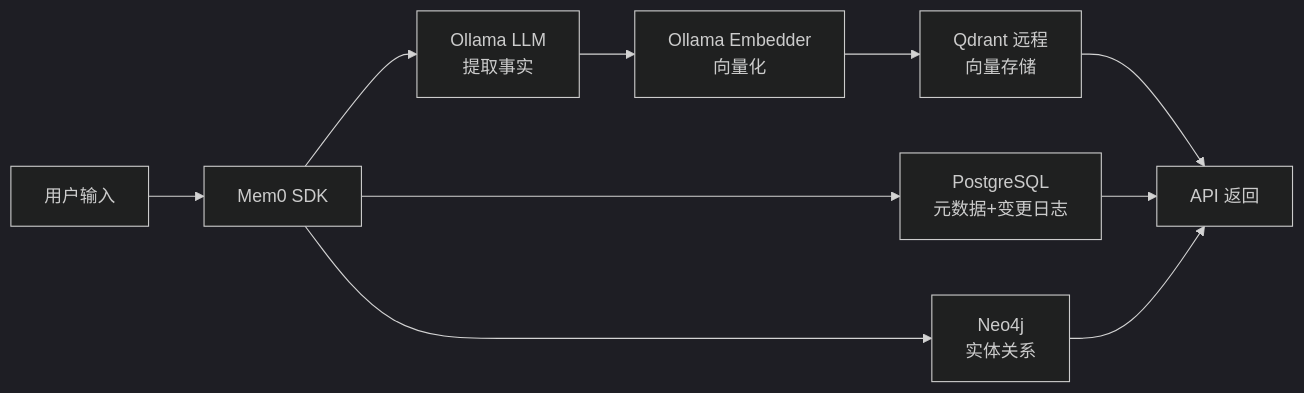
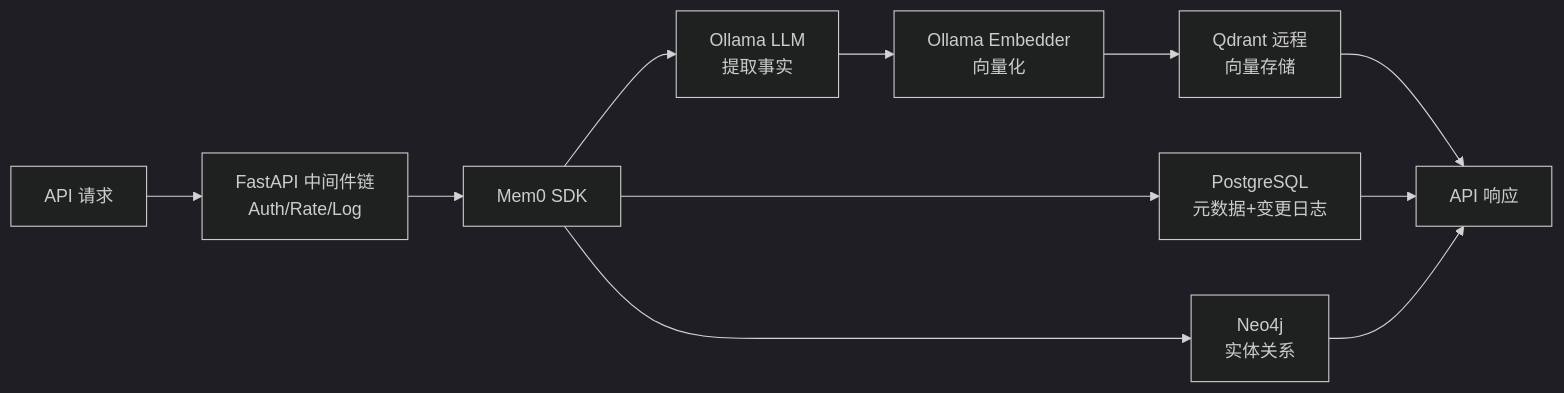
One commit to mythplus/demo2 changed the diagram in README.md. Above: the diagram before and after it, drawn with Mermaid (dark theme). The commit also changed other lines of this file and 1 other file, not shown here.

````diff
--- a/README.md
+++ b/README.md
@@ -80,10 +80,11 @@
 ```mermaid
 graph LR
-    A[用户输入] --> B[Mem0 SDK]
-    B --> C[Ollama LLM<br/>提取事实]
-    C --> D[Ollama Embedder<br/>向量化]
-    D --> E[Qdrant 远程<br/>向量存储]
-    B --> F[PostgreSQL<br/>元数据+变更日志]
-    B --> G[Neo4j<br/>实体关系]
-    E & F & G --> H[API 返回]
+    A[API 请求] --> B[FastAPI 中间件链<br/>Auth/Rate/Log]
+    B --> C[Mem0 SDK]
+    C --> D[Ollama LLM<br/>提取事实]
+    D --> E[Ollama Embedder<br/>向量化]
+    E --> F[Qdrant 远程<br/>向量存储]
+    C --> G[PostgreSQL<br/>元数据+变更日志]
+    C --> H[Neo4j<br/>实体关系]
+    F & G & H --> I[API 响应]
 ```
````
